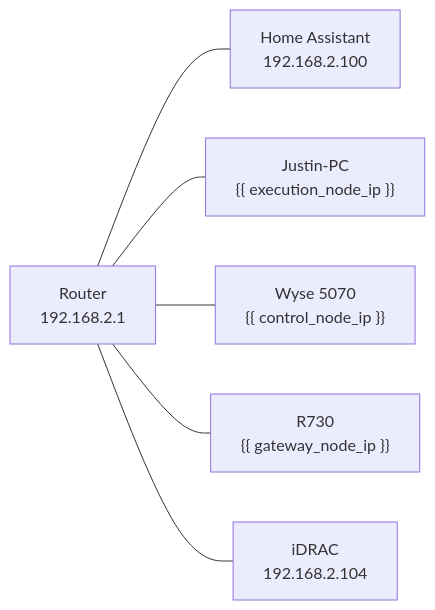
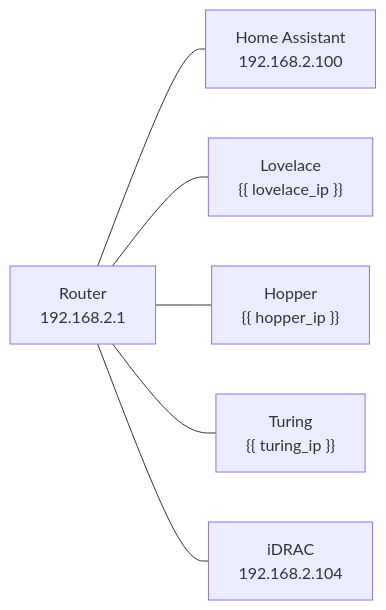
Before and after one commit to Misterobots/Agent_Swarm: the diagram in docs-site/docs/admin-guide/deployment/networking.md, drawn with Mermaid. The commit also changed other lines of this file and 350 other files, not shown here.

````diff
--- a/docs-site/docs/admin-guide/deployment/networking.md
+++ b/docs-site/docs/admin-guide/deployment/networking.md
@@ -11,8 +11,8 @@
 ```mermaid
 graph LR
     Router["Router<br/>192.168.2.1"] --- HA["Home Assistant<br/>192.168.2.100"]
-    Router --- Exec["Justin-PC<br/>{{ execution_node_ip }}"]
-    Router --- Ctrl["Wyse 5070<br/>{{ control_node_ip }}"]
-    Router --- GW["R730<br/>{{ gateway_node_ip }}"]
+    Router --- Exec["Lovelace<br/>{{ lovelace_ip }}"]
+    Router --- Ctrl["Hopper<br/>{{ hopper_ip }}"]
+    Router --- GW["Turing<br/>{{ turing_ip }}"]
     Router --- iDRAC["iDRAC<br/>192.168.2.104"]
 ```
````
